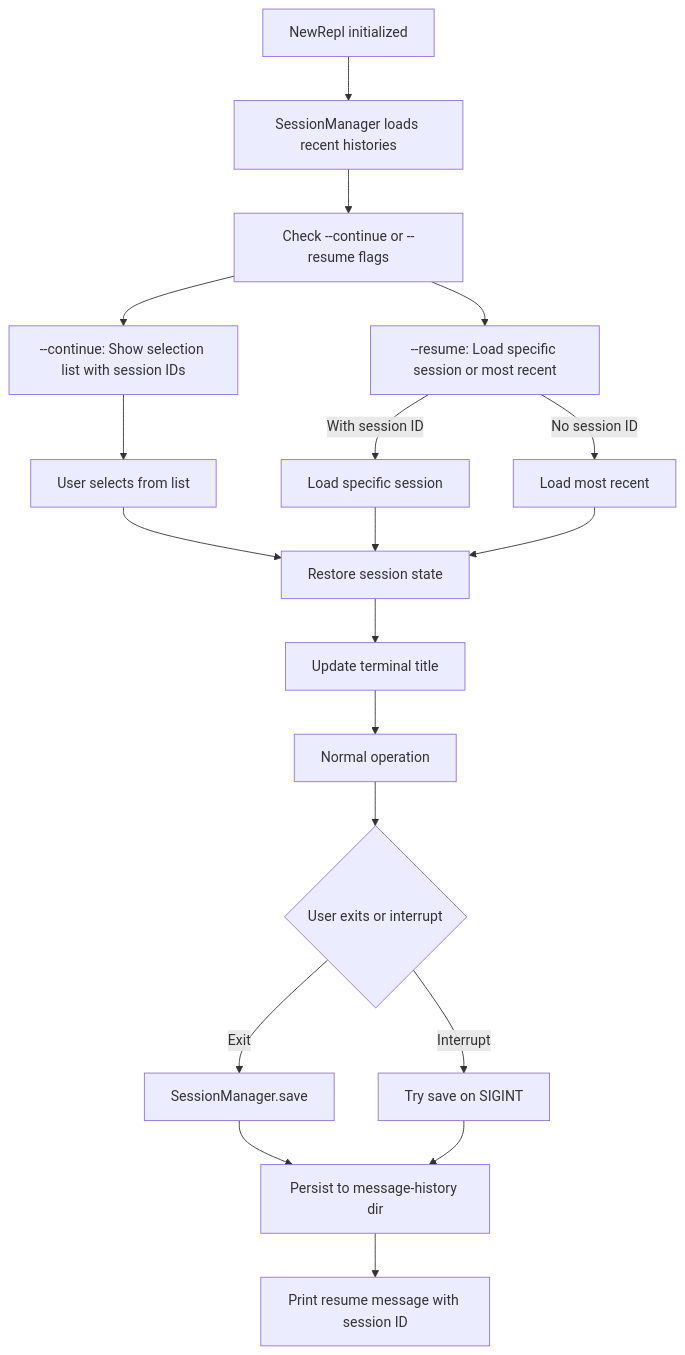
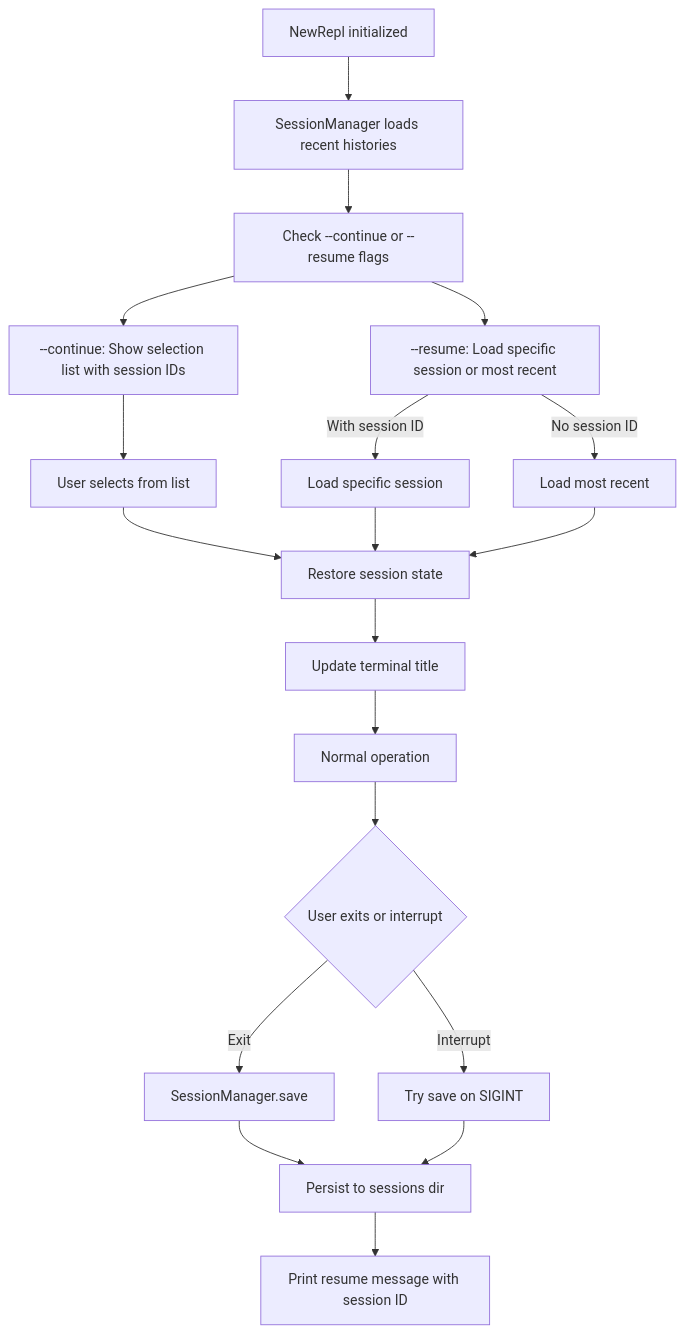
One commit to travisennis/acai-ts changed the fifth of 7 diagrams in ARCHITECTURE.md. Above: the diagram before and after it, drawn with Mermaid. The commit also changed 7 other files, not shown here.

First line of the commit message:
feat: migrate session storage from message-history to sessions directory

````diff
--- a/ARCHITECTURE.md
+++ b/ARCHITECTURE.md
@@ -715,21 +715,21 @@
 ```mermaid
 graph TD
   A[NewRepl initialized] --> B[SessionManager loads recent histories]
   B --> C[Check --continue or --resume flags]
   C --> D[--continue: Show selection list with session IDs]
   C --> E[--resume: Load specific session or most recent]
   D --> F[User selects from list]
   F --> G[Restore session state]
   E -->|With session ID| H[Load specific session]
   E -->|No session ID| I[Load most recent]
   H --> G
   I --> G
   G --> J[Update terminal title]
   J --> K[Normal operation]
   K --> L{User exits or interrupt}
   L -->|Exit| M[SessionManager.save]
   L -->|Interrupt| N[Try save on SIGINT]
-  M --> O[Persist to message-history dir]
+  M --> O[Persist to sessions dir]
   N --> O
   O --> P[Print resume message with session ID]
 ```
````
